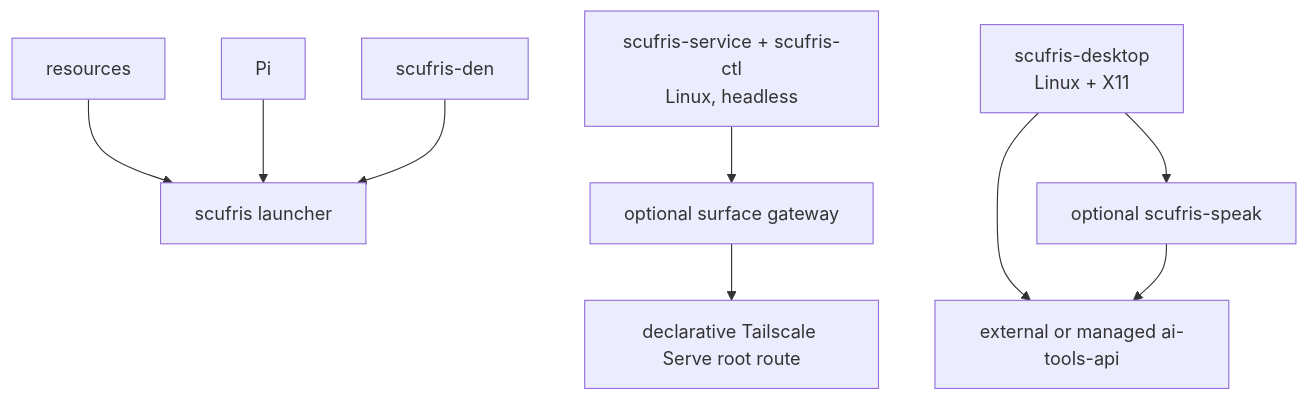
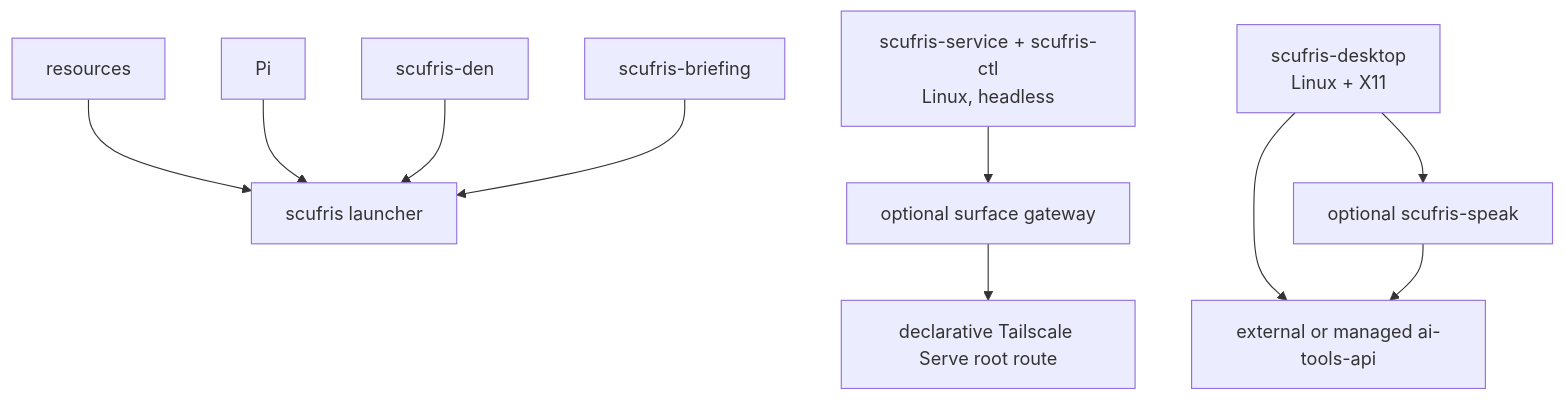
One commit to alexjercan/scufris2 changed the fifth of 5 diagrams in docs/src/dev/architecture.md. Above: the diagram before and after it, drawn with Mermaid. The commit also changed other lines of this file and 32 other files, not shown here.

````diff
--- a/docs/src/dev/architecture.md
+++ b/docs/src/dev/architecture.md
@@ -123,11 +123,12 @@
 ```mermaid
 flowchart TB
     Resources[resources] --> Launcher[scufris launcher]
     Pi[Pi] --> Launcher
     Den[scufris-den] --> Launcher
+    Briefing[scufris-briefing] --> Launcher
     Service["scufris-service + scufris-ctl<br/>Linux, headless"] --> Gateway["optional surface gateway"]
     Gateway --> Tailscale[declarative Tailscale Serve root route]
     Desktop["scufris-desktop<br/>Linux + X11"] --> Speak[optional scufris-speak]
     Desktop --> API[external or managed ai-tools-api]
     Speak --> API
 ```
````
